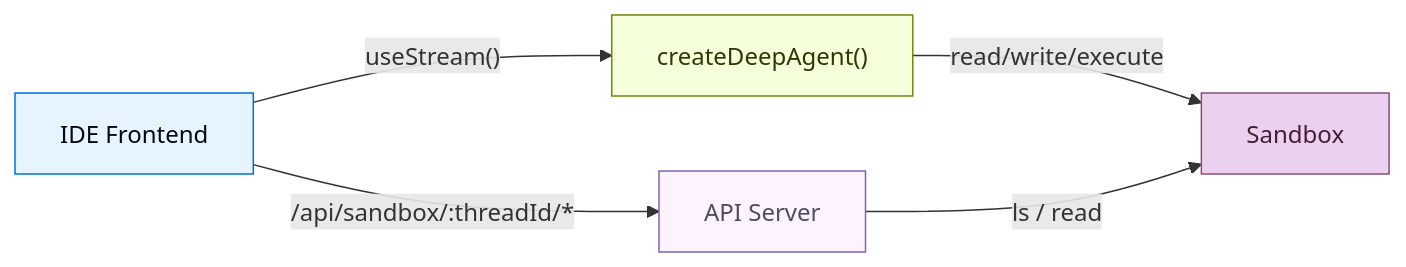
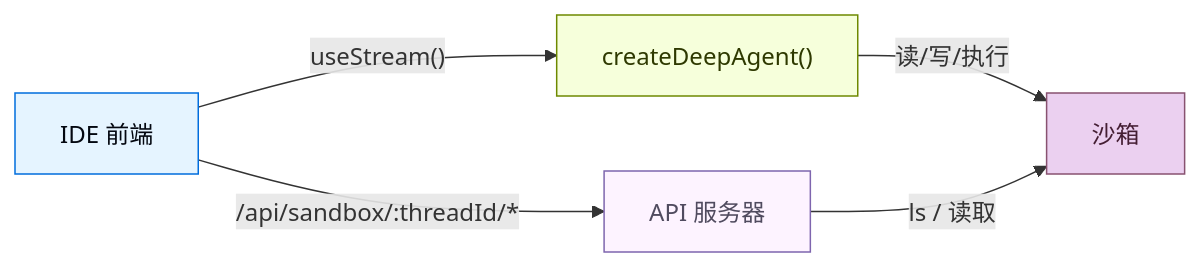
Before and after one commit to kunfan96/cndocs-langchain: the first of 2 diagrams in oss/javascript/deepagents/frontend/sandbox.mdx, drawn with Mermaid. The commit also changed other lines of this file and 2498 other files, not shown here.

````diff
--- a/oss/javascript/deepagents/frontend/sandbox.mdx
+++ b/oss/javascript/deepagents/frontend/sandbox.mdx
@@ -35,29 +22,29 @@
 ```mermaid
 %%{
   init: {
     "fontFamily": "monospace",
     "flowchart": {
       "curve": "curve"
     }
   }
 }%%
 graph LR
-  UI["IDE Frontend"]
-  API["API Server"]
+  UI["IDE 前端"]
+  API["API 服务器"]
   AGENT["createDeepAgent()"]
-  SANDBOX["Sandbox"]
+  SANDBOX["沙箱"]
 
   UI --"useStream()"--> AGENT
   UI --"/api/sandbox/:threadId/*"--> API
-  AGENT --"read/write/execute"--> SANDBOX
-  API --"ls / read"--> SANDBOX
+  AGENT --"读/写/执行"--> SANDBOX
+  API --"ls / 读取"--> SANDBOX
 
   classDef blueHighlight fill:#E5F4FF,stroke:#006DDD,color:#030710;
   classDef greenHighlight fill:#F6FFDB,stroke:#6E8900,color:#2E3900;
   classDef purpleHighlight fill:#EBD0F0,stroke:#885270,color:#441E33;
   classDef orangeHighlight fill:#FDF3FF,stroke:#7E65AE,color:#504B5F;
   class UI blueHighlight;
   class AGENT greenHighlight;
   class SANDBOX purpleHighlight;
   class API orangeHighlight;
 ```
````
